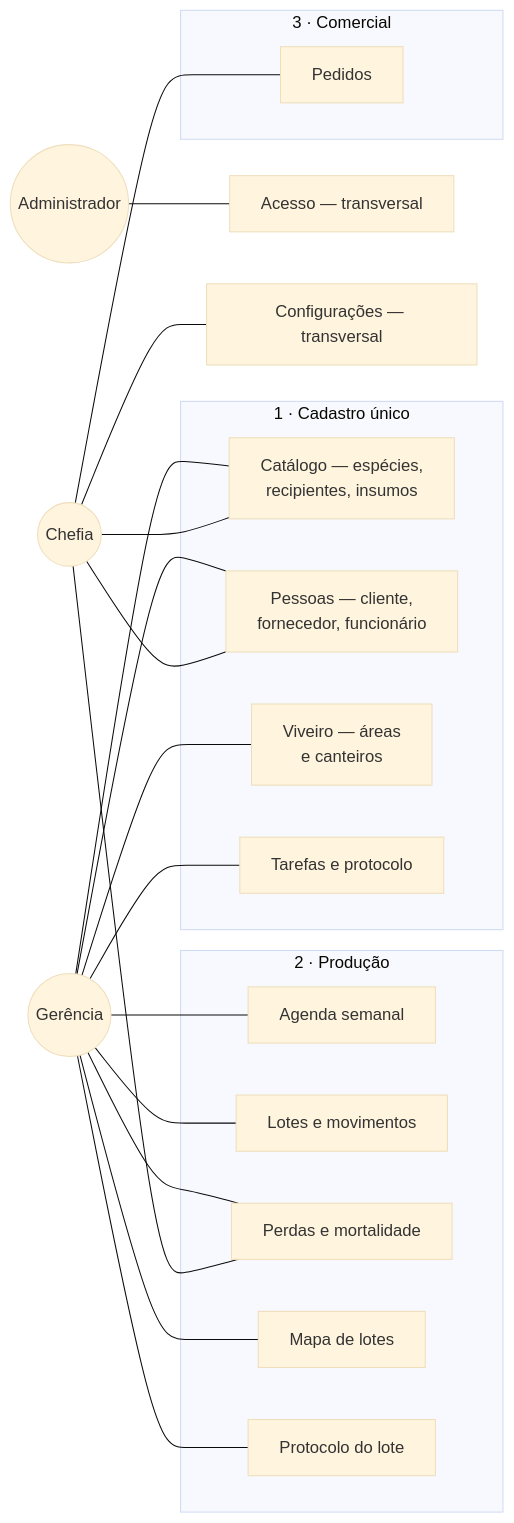
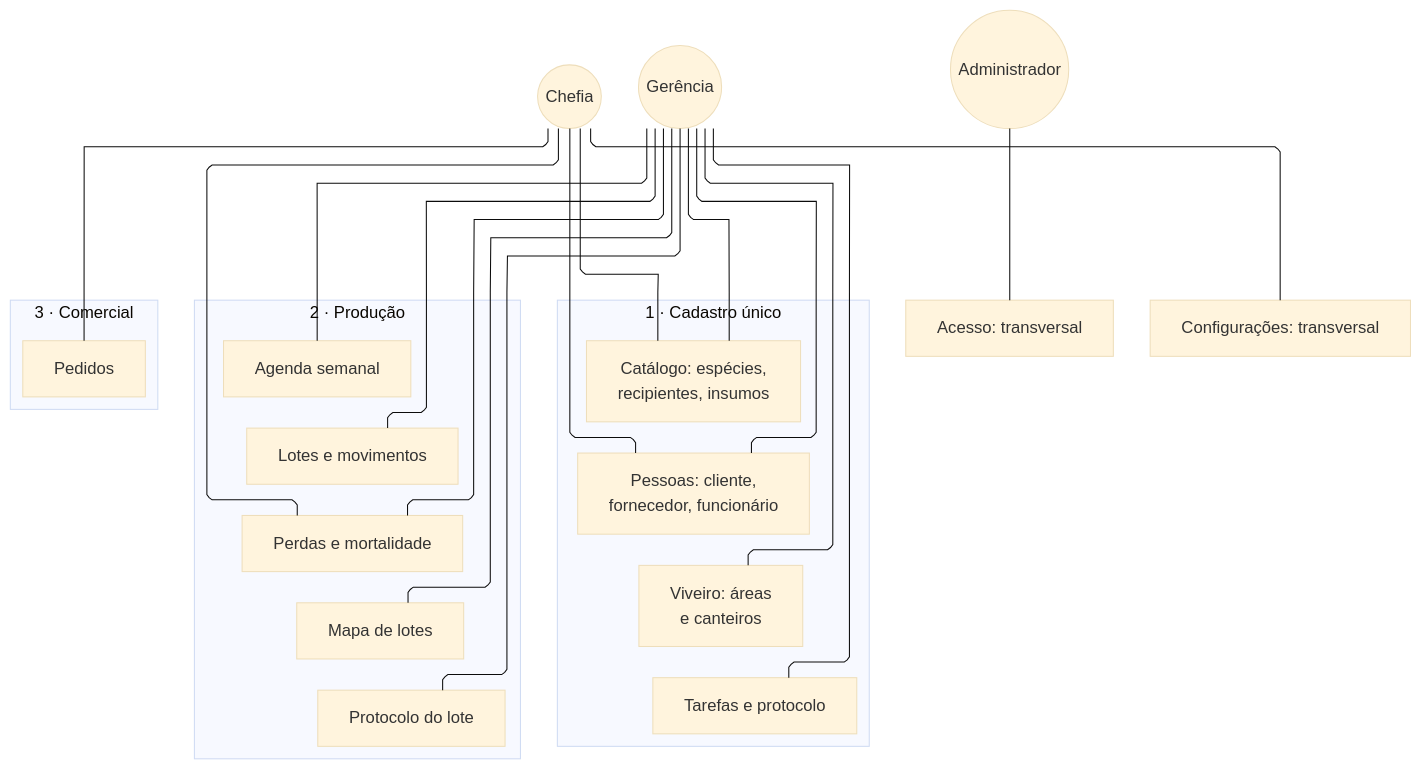
Before and after one commit to JoaoMudar/tcc: the first of 4 diagrams in docs/engenharia/C-modelagem/C1-diagrama-casos-de-uso.md, drawn with Mermaid (base theme). The commit also changed 12 other files, not shown here.

````diff
--- a/docs/engenharia/C-modelagem/C1-diagrama-casos-de-uso.md
+++ b/docs/engenharia/C-modelagem/C1-diagrama-casos-de-uso.md
@@ -45,43 +45,55 @@
 ```mermaid
-graph LR
+---
+config:
+  layout: elk
+  elk:
+    nodePlacementStrategy: NETWORK_SIMPLEX
+  flowchart:
+    curve: linear
+---
+graph TB
   CH(("Chefia"))
   GE(("Gerência"))
   AD(("Administrador"))
 
   subgraph M1["1 · Cadastro único"]
-    S13["Catálogo &mdash; espécies,<br/>recipientes, insumos"]
-    S6["Pessoas &mdash; cliente,<br/>fornecedor, funcionário"]
-    S14["Viveiro &mdash; áreas<br/>e canteiros"]
+    S13["Catálogo: espécies,<br/>recipientes, insumos"]
+    S6["Pessoas: cliente,<br/>fornecedor, funcionário"]
+    S14["Viveiro: áreas<br/>e canteiros"]
     S16["Tarefas e protocolo"]
   end
   subgraph M2["2 · Produção"]
     S15["Agenda semanal"]
     S2["Lotes e movimentos"]
     S4["Perdas e mortalidade"]
     S3["Mapa de lotes"]
     S17["Protocolo do lote"]
   end
   subgraph M3["3 · Comercial"]
     S7["Pedidos"]
   end
-  S12["Acesso &mdash; transversal"]
-  S18["Configurações &mdash; transversal"]
+  S12["Acesso: transversal"]
+  S18["Configurações: transversal"]
+
+  %% ligações invisíveis: empilham cada subsistema em coluna, para a figura sair na horizontal
+  S13 ~~~ S6 ~~~ S14 ~~~ S16
+  S15 ~~~ S2 ~~~ S4 ~~~ S3 ~~~ S17
 
   CH --- S13
   CH --- S6
   CH --- S7
   CH --- S4
   CH --- S18
 
   GE --- S13
   GE --- S6
   GE --- S14
   GE --- S16
   GE --- S15
   GE --- S2
   GE --- S4
   GE --- S3
   GE --- S17
 
   AD --- S12
 ```
````
